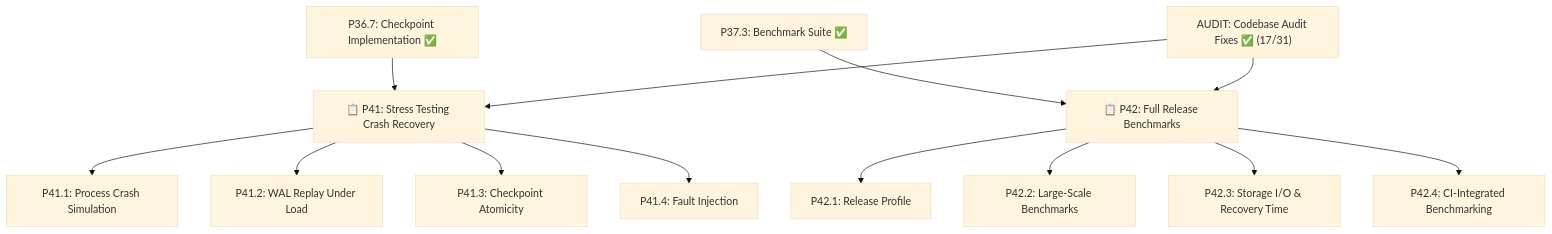
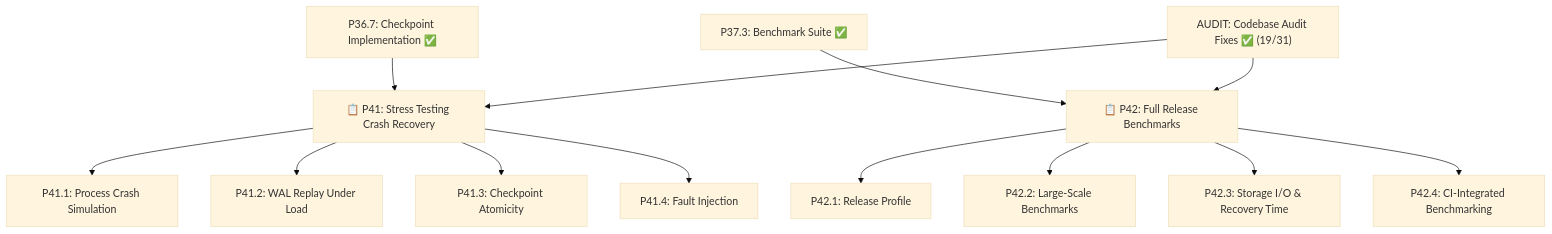
The diagram in akar-core/implementation_plan.md (mlengse/akar), drawn with Mermaid (base theme) before and after one commit. The commit also changed other lines of this file and 9 other files, not shown here.

````diff
--- a/akar-core/implementation_plan.md
+++ b/akar-core/implementation_plan.md
@@ -231,15 +231,15 @@
 ```mermaid
 graph TD
     P36_7["P36.7: Checkpoint Implementation ✅"] --> P41["📋 P41: Stress Testing Crash Recovery"]
     P37_3["P37.3: Benchmark Suite ✅"] --> P42["📋 P42: Full Release Benchmarks"]
-    AUDIT["AUDIT: Codebase Audit Fixes ✅ (17/31)"] --> P41
+    AUDIT["AUDIT: Codebase Audit Fixes ✅ (19/31)"] --> P41
     AUDIT --> P42
     P41 --> P41_1["P41.1: Process Crash Simulation"]
     P41 --> P41_2["P41.2: WAL Replay Under Load"]
     P41 --> P41_3["P41.3: Checkpoint Atomicity"]
     P41 --> P41_4["P41.4: Fault Injection"]
     P42 --> P42_1["P42.1: Release Profile"]
     P42 --> P42_2["P42.2: Large-Scale Benchmarks"]
     P42 --> P42_3["P42.3: Storage I/O & Recovery Time"]
     P42 --> P42_4["P42.4: CI-Integrated Benchmarking"]
 ```
````
